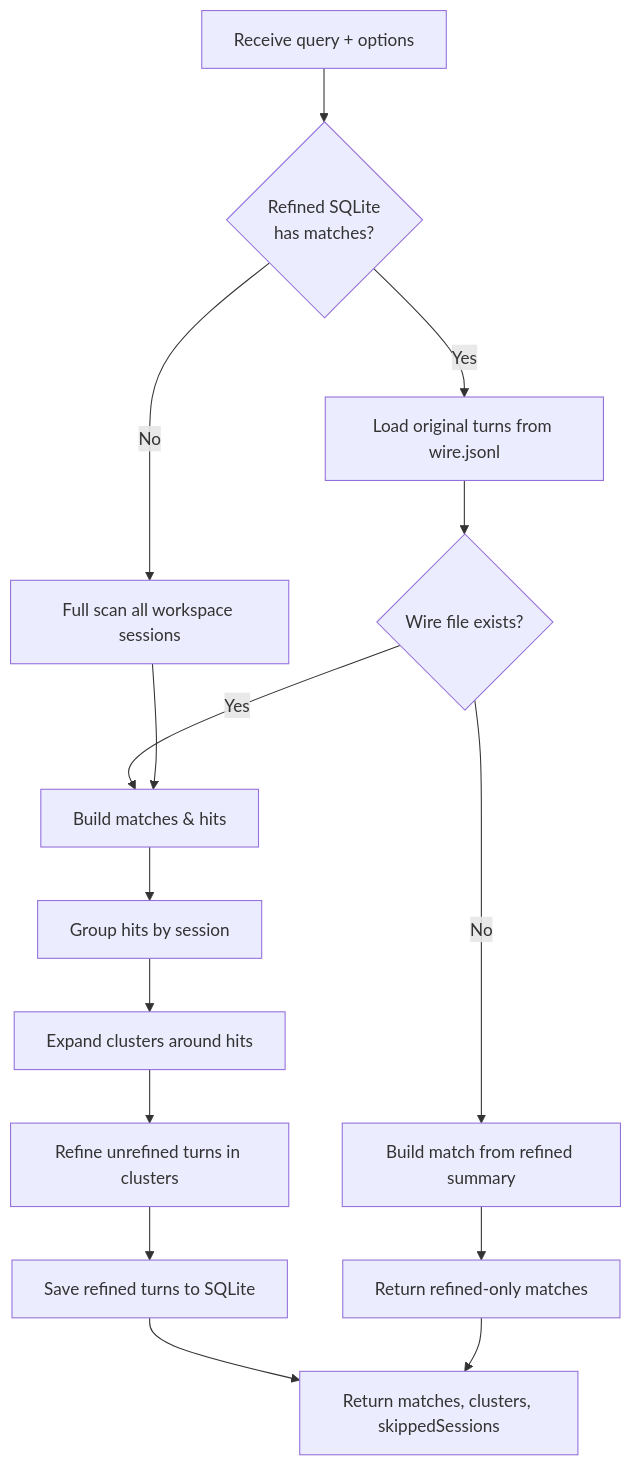
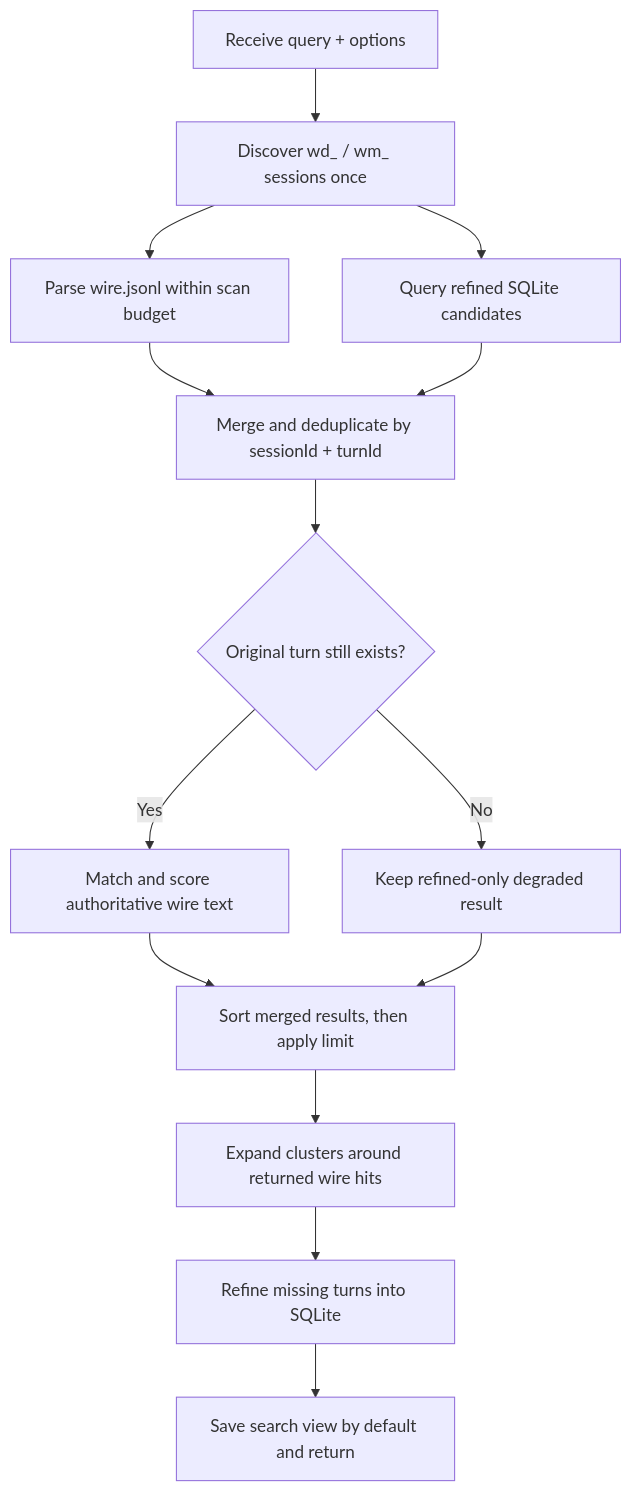
The second of 2 diagrams in docs/search-logic.md (Zehee/kimi-code-memory-mcp-server), drawn with Mermaid before and after one commit. The commit also changed other lines of this file and 110 other files, not shown here.

````diff
--- a/docs/search-logic.md
+++ b/docs/search-logic.md
@@ -68,18 +68,16 @@
 ```mermaid
 flowchart TD
-    A[Receive query + options] --> B{Refined SQLite
-    has matches?}
-    B -->|Yes| C[Load original turns from wire.jsonl]
-    B -->|No| D[Full scan all workspace sessions]
-    C --> E{Wire file exists?}
-    E -->|Yes| F[Build matches & hits]
-    E -->|No| G[Build match from refined summary]
-    D --> F
-    F --> H[Group hits by session]
-    G --> M[Return refined-only matches]
-    H --> I[Expand clusters around hits]
-    I --> J[Refine unrefined turns in clusters]
-    J --> K[Save refined turns to SQLite]
-    K --> L[Return matches, clusters, skippedSessions]
-    M --> L
+    A[Receive query + options] --> B[Discover wd_ / wm_ sessions once]
+    B --> C[Parse wire.jsonl within scan budget]
+    B --> D[Query refined SQLite candidates]
+    C --> E[Merge and deduplicate by sessionId + turnId]
+    D --> E
+    E --> F{Original turn still exists?}
+    F -->|Yes| G[Match and score authoritative wire text]
+    F -->|No| H[Keep refined-only degraded result]
+    G --> I[Sort merged results, then apply limit]
+    H --> I
+    I --> J[Expand clusters around returned wire hits]
+    J --> K[Refine missing turns into SQLite]
+    K --> L[Save search view by default and return]
 ```
````
